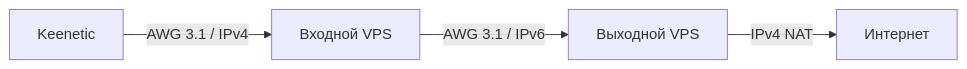
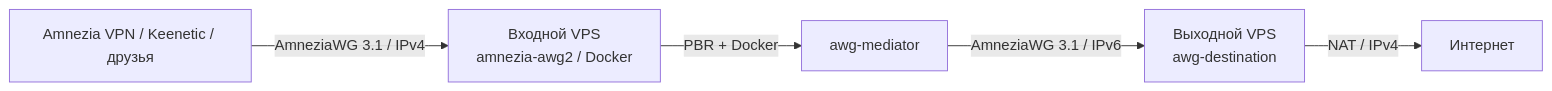
Before and after one commit to Abbygree11/AWG-Chain-Installer: the diagram in README.md, drawn with Mermaid. The commit also changed other lines of this file and 8 other files, not shown here.

First line of the commit message:
GUI v0.2: Amnezia-managed Docker + two-hop AWG

````diff
--- a/README.md
+++ b/README.md
@@ -9,6 +5,7 @@
 ```mermaid
 flowchart LR
-  K[Keenetic] -->|AWG 3.1 / IPv4| A[Входной VPS]
-  A -->|AWG 3.1 / IPv6| B[Выходной VPS]
-  B -->|IPv4 NAT| I[Интернет]
+    U["Amnezia VPN / Keenetic / друзья"] -->|"AmneziaWG 3.1 / IPv4"| A["Входной VPS<br/>amnezia-awg2 / Docker"]
+    A -->|"PBR + Docker"| M["awg-mediator"]
+    M -->|"AmneziaWG 3.1 / IPv6"| F["Выходной VPS<br/>awg-destination"]
+    F -->|"NAT / IPv4"| I["Интернет"]
 ```
````
